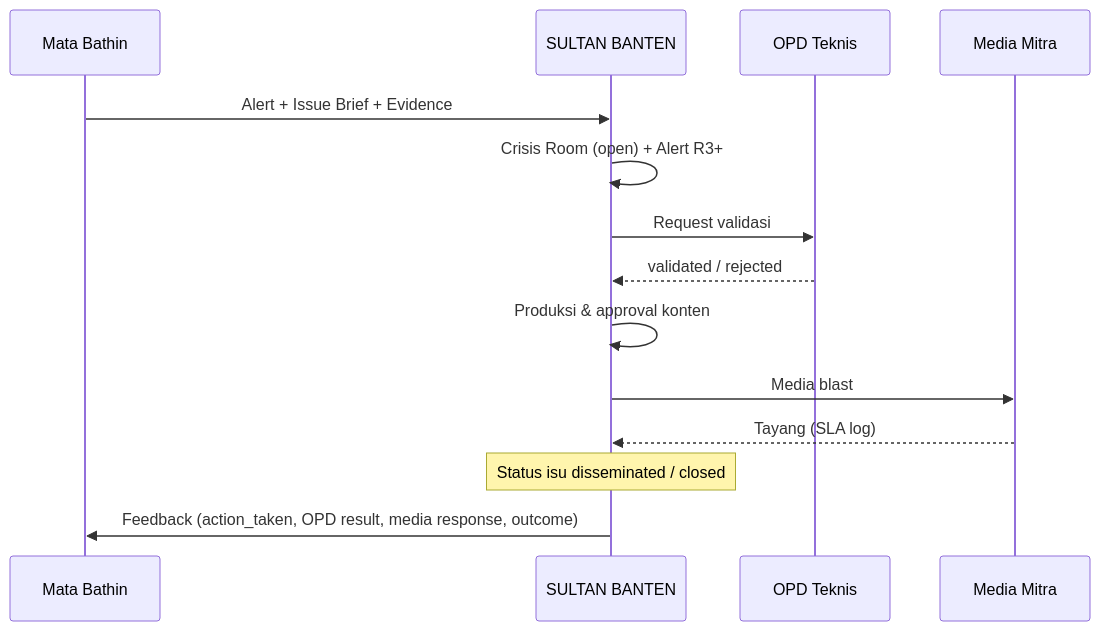
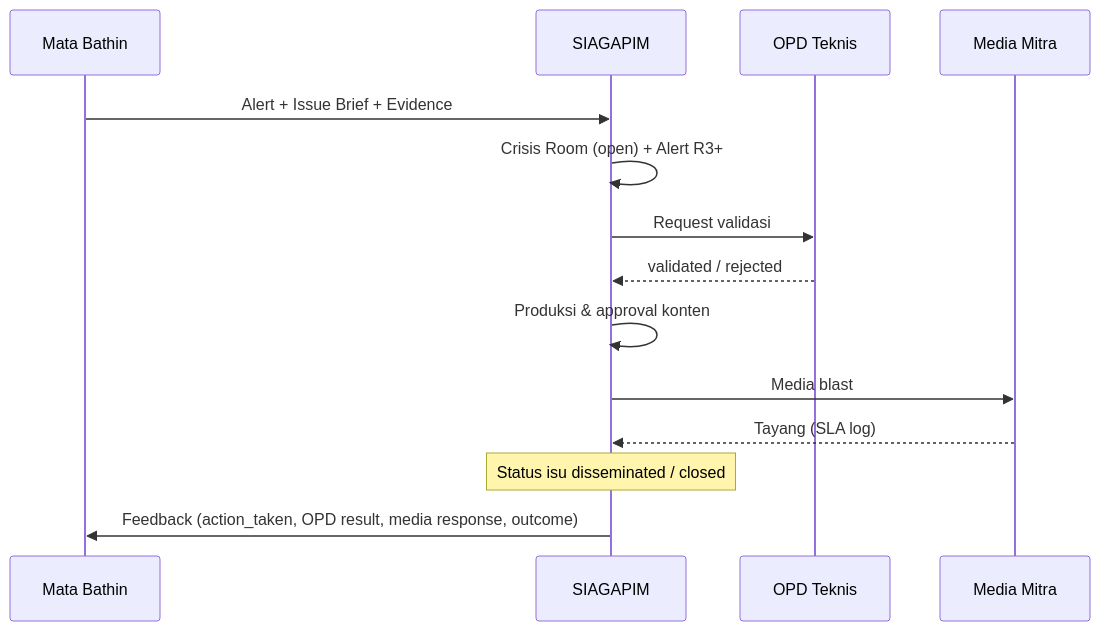
The ninth of 10 diagrams in BUSINESS_PROCESS.md (herihandoko/sultan-banten), drawn with Mermaid before and after one commit. The commit also changed other lines of this file and 25 other files, not shown here.

````diff
--- a/BUSINESS_PROCESS.md
+++ b/BUSINESS_PROCESS.md
@@ -237,17 +239,17 @@
 ```mermaid
 sequenceDiagram
   participant MB as Mata Bathin
-  participant SB as SULTAN BANTEN
+  participant SB as SIAGAPIM
   participant OPD as OPD Teknis
   participant MED as Media Mitra
 
   MB->>SB: Alert + Issue Brief + Evidence
   SB->>SB: Crisis Room (open) + Alert R3+
   SB->>OPD: Request validasi
   OPD-->>SB: validated / rejected
   SB->>SB: Produksi & approval konten
   SB->>MED: Media blast
   MED-->>SB: Tayang (SLA log)
   Note over SB: Status isu disseminated / closed
   SB->>MB: Feedback (action_taken, OPD result, media response, outcome)
 ```
````
